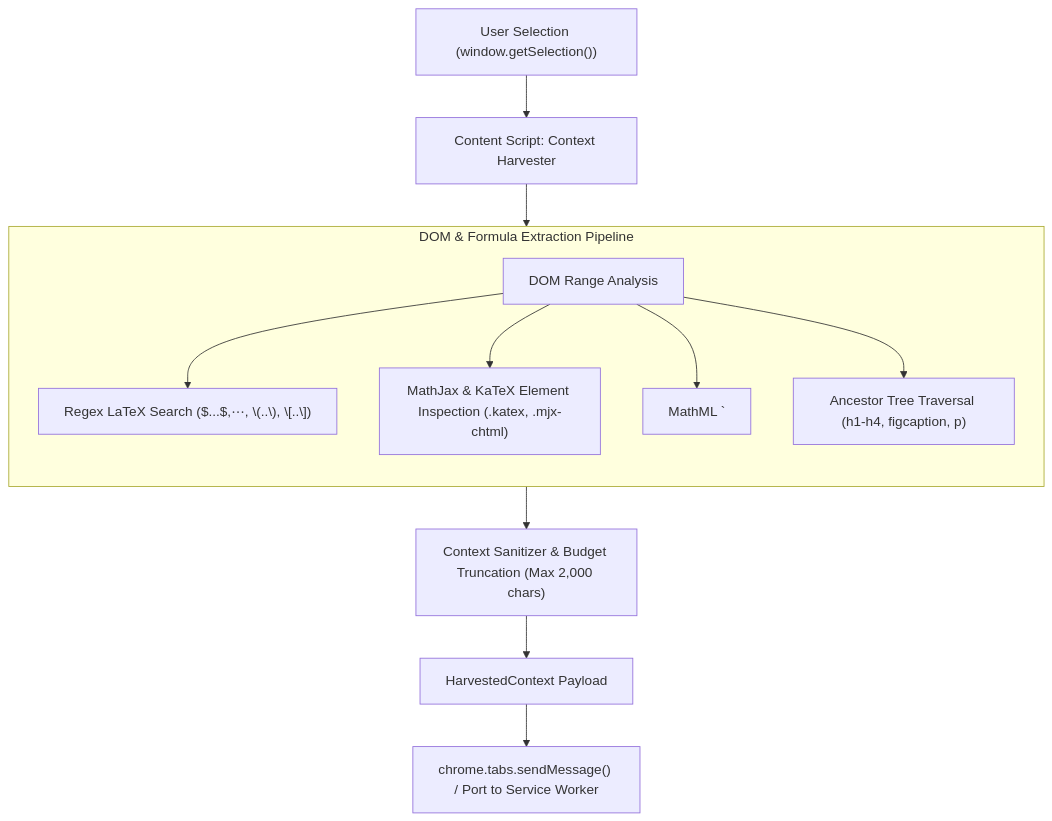
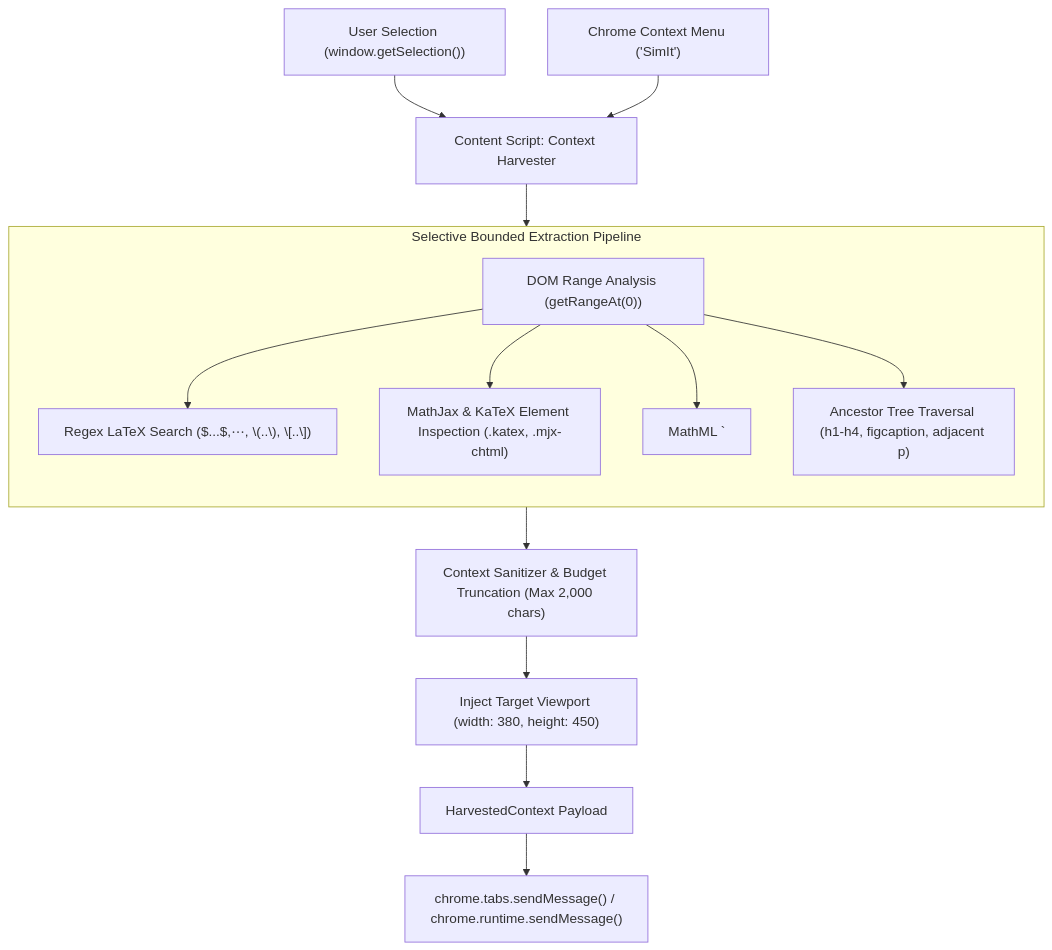
One commit to vmatrixdev/simit changed the diagram in docs/specs/context_harvester.md. Above: the diagram before and after it, drawn with Mermaid. The commit also changed other lines of this file and 11 other files, not shown here.

Commit message:
docs & core: align specs with consolidated architecture and add dynamic viewport injection

````diff
--- a/docs/specs/context_harvester.md
+++ b/docs/specs/context_harvester.md
@@ -17,17 +20,19 @@
 ```mermaid
 flowchart TD
     UserSelection["User Selection (window.getSelection())"] --> Harvester["Content Script: Context Harvester"]
+    ContextMenuTrigger["Chrome Context Menu ('SimIt')"] --> Harvester
     
-    subgraph Inspection["DOM & Formula Extraction Pipeline"]
+    subgraph Inspection["Selective Bounded Extraction Pipeline"]
         direction TB
-        Range["DOM Range Analysis"] --> TexDelim["Regex LaTeX Search ($...$, $$...$$, \\(..\\), \\[..\\])"]
+        Range["DOM Range Analysis (getRangeAt(0))"] --> TexDelim["Regex LaTeX Search ($...$, $$...$$, \\(..\\), \\[..\\])"]
         Range --> MathJax["MathJax & KaTeX Element Inspection (.katex, .mjx-chtml)"]
         Range --> MathML["MathML `<math>` and `<annotation encoding='application/x-tex'>`"]
-        Range --> Hierarchy["Ancestor Tree Traversal (h1-h4, figcaption, p)"]
+        Range --> Hierarchy["Ancestor Tree Traversal (h1-h4, figcaption, adjacent p)"]
     end
     
     Harvester --> Inspection
     Inspection --> Sanitizer["Context Sanitizer & Budget Truncation (Max 2,000 chars)"]
-    Sanitizer --> Payload["HarvestedContext Payload"]
-    Payload --> IPC["chrome.tabs.sendMessage() / Port to Service Worker"]
+    Sanitizer --> Viewport["Inject Target Viewport (width: 380, height: 450)"]
+    Viewport --> Payload["HarvestedContext Payload"]
+    Payload --> IPC["chrome.tabs.sendMessage() / chrome.runtime.sendMessage()"]
 ```
````
